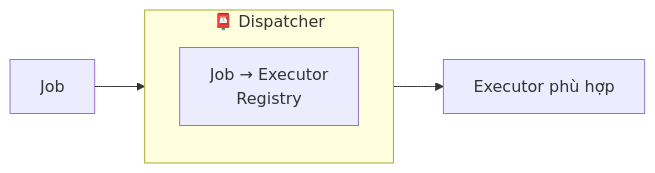
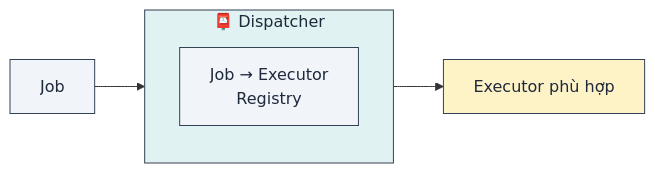
One commit to lploc94/flutter_orchestrator changed the sixth of 11 diagrams in book/vi/chapters/02_architecture_concepts.md. Above: the diagram before and after it, drawn with Mermaid. The commit also changed other lines of this file and 3 other files, not shown here.

````diff
--- a/book/vi/chapters/02_architecture_concepts.md
+++ b/book/vi/chapters/02_architecture_concepts.md
@@ -177,9 +201,14 @@
 ```mermaid
 graph LR
     subgraph Dispatcher["📮 Dispatcher"]
         Registry["Job → Executor<br/>Registry"]
     end
     
     Job["Job"] --> Dispatcher
     Dispatcher --> Exec["Executor phù hợp"]
+    
+    style Dispatcher fill:#e0f2f1,stroke:#334155,color:#1e293b
+    style Registry fill:#f1f5f9,stroke:#334155,color:#1e293b
+    style Job fill:#f1f5f9,stroke:#334155,color:#1e293b
+    style Exec fill:#fef3c7,stroke:#334155,color:#1e293b
 ```
````
